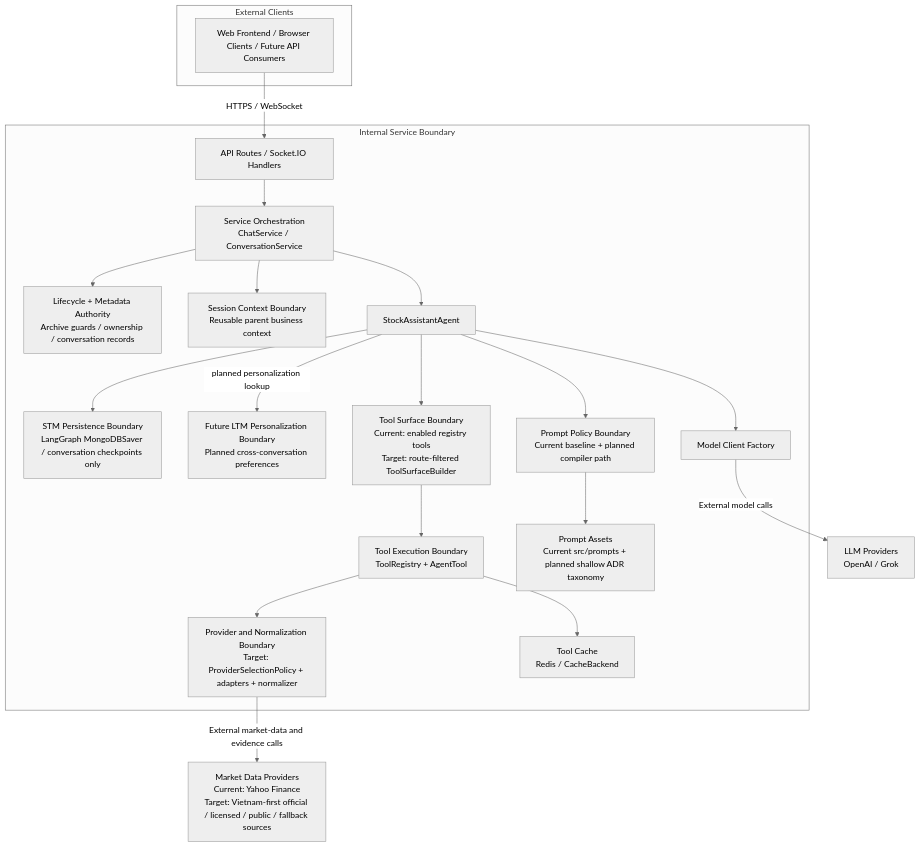
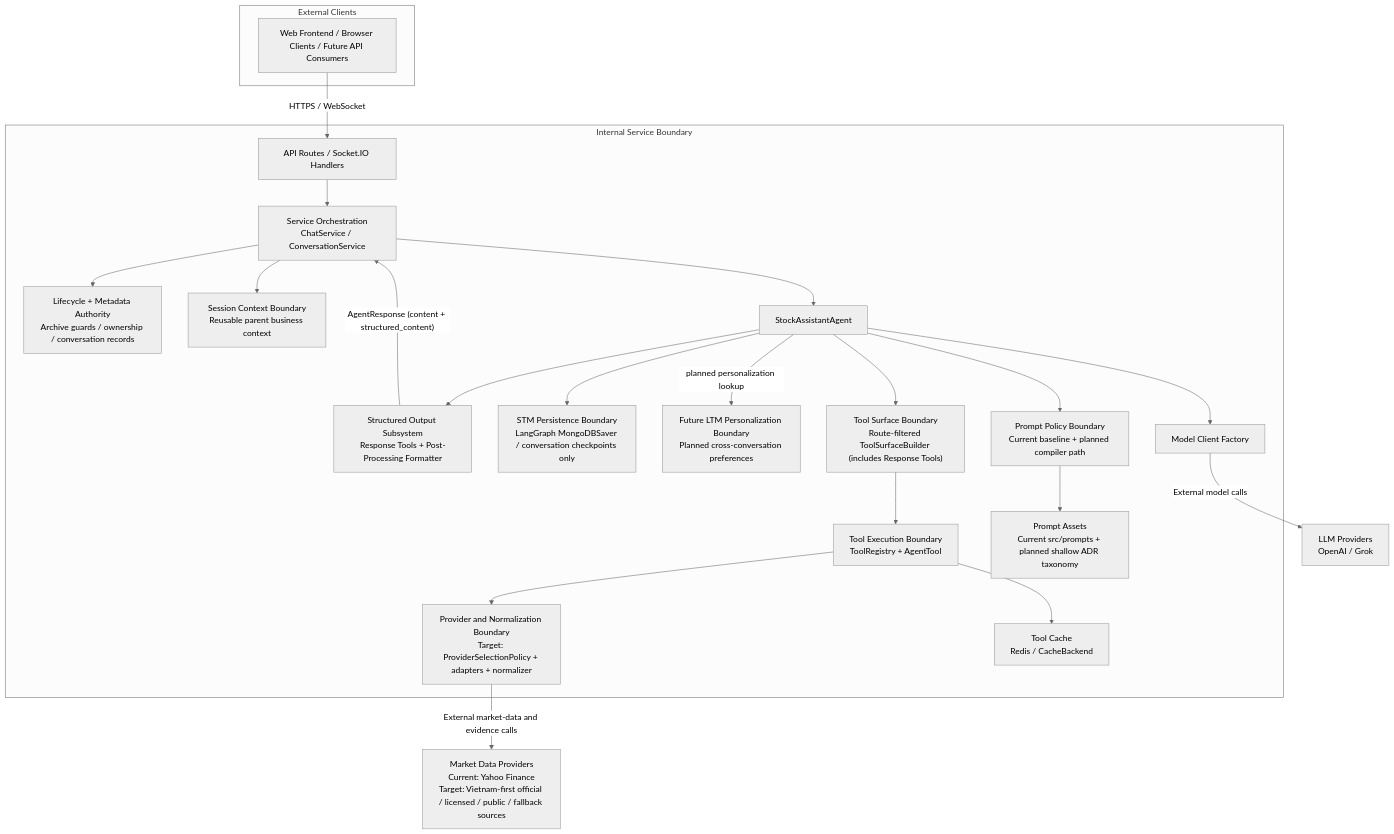
One commit to d-dragon/dp-stock-investment-assistant changed the first of 18 diagrams in docs/domains/agent/ARCHITECTURE_DESIGN.md. Above: the diagram before and after it, drawn with Mermaid (neutral theme). The commit also changed other lines of this file and 7 other files, not shown here.

Commit message:
docs(agent): 'structure outputs' - initialize architecture design, ADRs, requirements, technical design along with clarified roadmap.

````diff
--- a/docs/domains/agent/ARCHITECTURE_DESIGN.md
+++ b/docs/domains/agent/ARCHITECTURE_DESIGN.md
@@ -197,42 +198,45 @@
 ```mermaid
 flowchart TD
   subgraph ExternalClients["External Clients"]
     Client["Web Frontend / Browser Clients / Future API Consumers"]
   end
 
   subgraph InternalBoundary["Internal Service Boundary"]
     Entry["API Routes / Socket.IO Handlers"]
     Service["Service Orchestration\nChatService / ConversationService"]
     Lifecycle["Lifecycle + Metadata Authority\nArchive guards / ownership / conversation records"]
     SessionContext["Session Context Boundary\nReusable parent business context"]
     Agent["StockAssistantAgent"]
+    StructuredOutput["Structured Output Subsystem\nResponse Tools + Post-Processing Formatter"]
     Checkpoint["STM Persistence Boundary\nLangGraph MongoDBSaver / conversation checkpoints only"]
     FutureLTM["Future LTM Personalization Boundary\nPlanned cross-conversation preferences"]
-    ToolSurface["Tool Surface Boundary\nCurrent: enabled registry tools\nTarget: route-filtered ToolSurfaceBuilder"]
+    ToolSurface["Tool Surface Boundary\nRoute-filtered ToolSurfaceBuilder (includes Response Tools)"]
     ToolGateway["Tool Execution Boundary\nToolRegistry + AgentTool"]
     ProviderPolicy["Provider and Normalization Boundary\nTarget: ProviderSelectionPolicy + adapters + normalizer"]
     Redis["Tool Cache\nRedis / CacheBackend"]
     PromptSystem["Prompt Policy Boundary\nCurrent baseline + planned compiler path"]
     PromptAssets["Prompt Assets\nCurrent src/prompts + planned shallow ADR taxonomy"]
     ModelFactory["Model Client Factory"]
   end
 
   LLM["LLM Providers\nOpenAI / Grok"]
   Market["Market Data Providers\nCurrent: Yahoo Finance\nTarget: Vietnam-first official / licensed / public / fallback sources"]
 
   Client -->|"HTTPS / WebSocket"| Entry
   Entry --> Service --> Agent
   Service --> Lifecycle
   Service --> SessionContext
+  Agent --> StructuredOutput
+  StructuredOutput -->|"AgentResponse (content + structured_content)"| Service
   Agent --> Checkpoint
   Agent -->|"planned personalization lookup"| FutureLTM
   Agent --> ToolSurface
   ToolSurface --> ToolGateway
   ToolGateway --> Redis
   ToolGateway --> ProviderPolicy
   Agent --> PromptSystem
   PromptSystem --> PromptAssets
   Agent --> ModelFactory
   ModelFactory -->|"External model calls"| LLM
   ProviderPolicy -->|"External market-data and evidence calls"| Market
 ```
````
